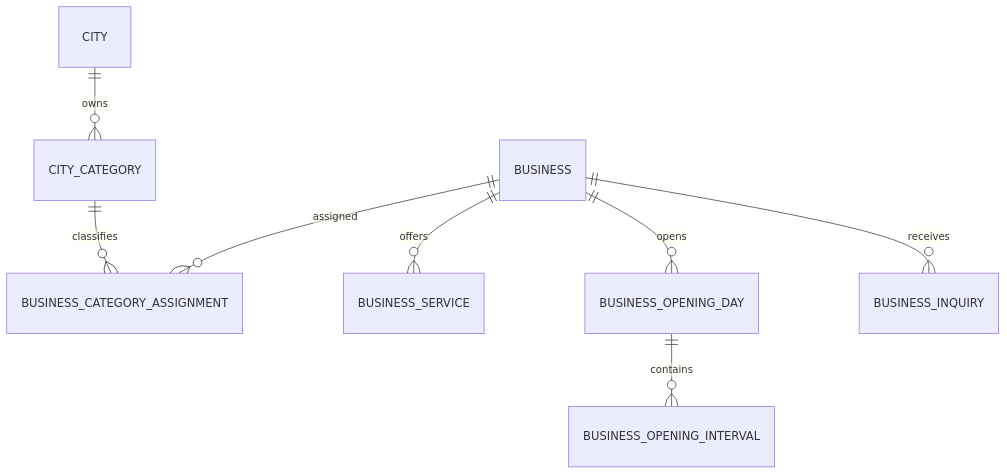
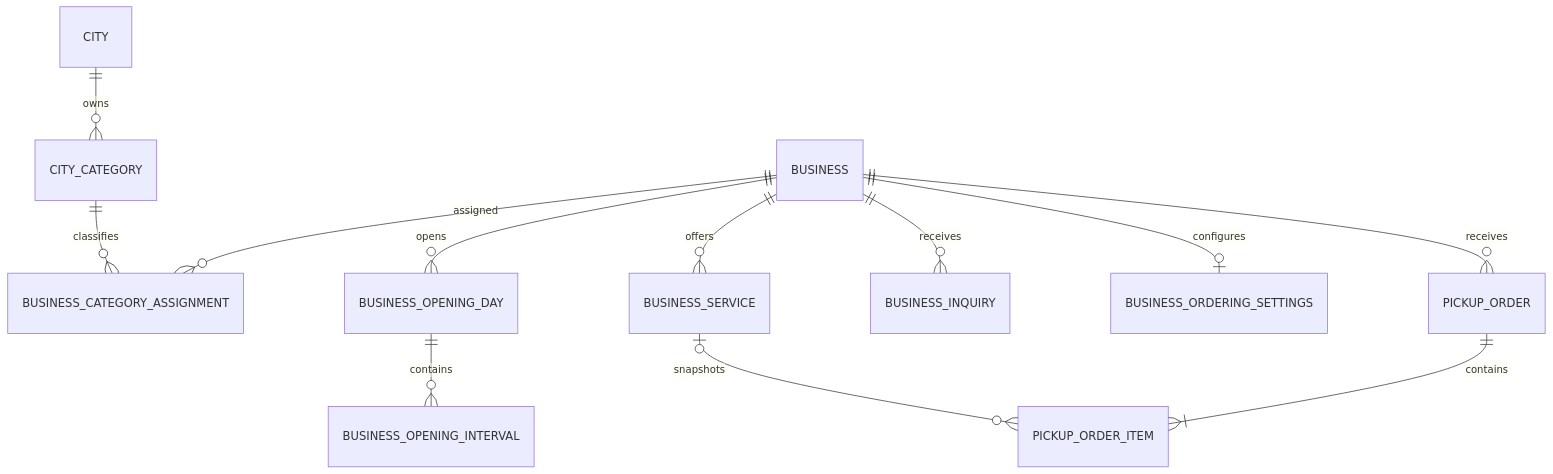
Before and after one commit to roklim/CityCore: the diagram in docs/DATA_MODEL.md, drawn with Mermaid. The commit also changed other lines of this file and 31 other files, not shown here.

````diff
--- a/docs/DATA_MODEL.md
+++ b/docs/DATA_MODEL.md
@@ -9,10 +9,14 @@
 ```mermaid
 erDiagram
   CITY ||--o{ CITY_CATEGORY : owns
   BUSINESS ||--o{ BUSINESS_CATEGORY_ASSIGNMENT : assigned
   CITY_CATEGORY ||--o{ BUSINESS_CATEGORY_ASSIGNMENT : classifies
   BUSINESS ||--o{ BUSINESS_SERVICE : offers
   BUSINESS ||--o{ BUSINESS_OPENING_DAY : opens
   BUSINESS_OPENING_DAY ||--o{ BUSINESS_OPENING_INTERVAL : contains
   BUSINESS ||--o{ BUSINESS_INQUIRY : receives
+  BUSINESS ||--o| BUSINESS_ORDERING_SETTINGS : configures
+  BUSINESS ||--o{ PICKUP_ORDER : receives
+  PICKUP_ORDER ||--|{ PICKUP_ORDER_ITEM : contains
+  BUSINESS_SERVICE o|--o{ PICKUP_ORDER_ITEM : snapshots
 ```
````
